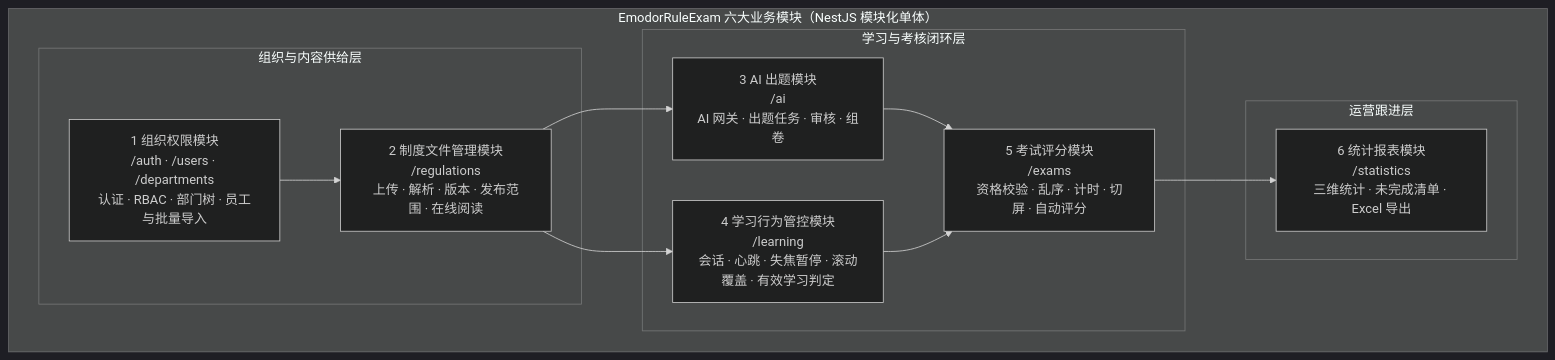
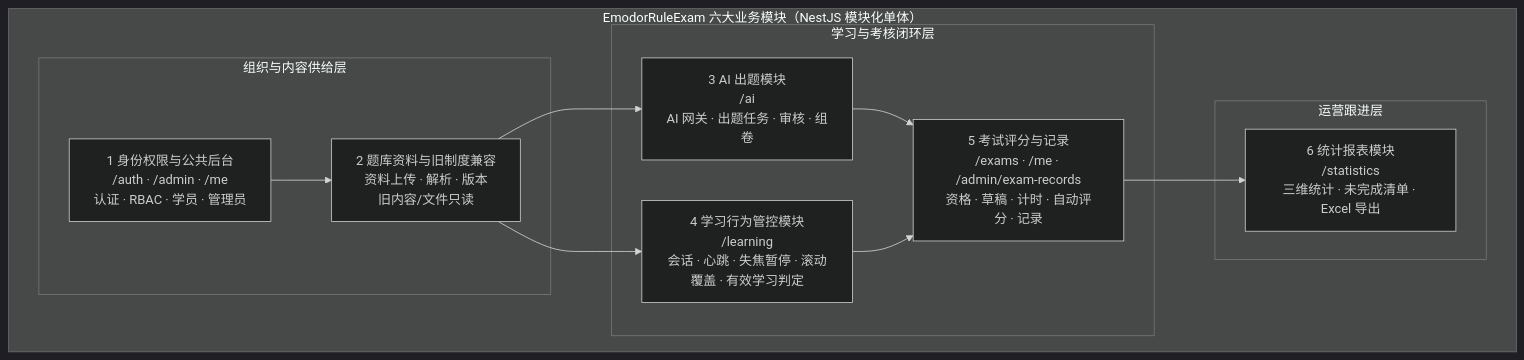
The first of 17 diagrams in docs/design/05-模块设计.md (caoguanjie/emodor-exam), drawn with Mermaid (dark theme) before and after one commit. The commit also changed other lines of this file and 181 other files, not shown here.

````diff
--- a/docs/design/05-模块设计.md
+++ b/docs/design/05-模块设计.md
@@ -26,23 +26,23 @@
 ```mermaid
 graph TB
     subgraph SYS["EmodorRuleExam 六大业务模块（NestJS 模块化单体）"]
         subgraph G1["组织与内容供给层"]
-            M1["1 组织权限模块<br/>/auth · /users · /departments<br/>认证 · RBAC · 部门树 · 员工与批量导入"]
-            M2["2 制度文件管理模块<br/>/regulations<br/>上传 · 解析 · 版本 · 发布范围 · 在线阅读"]
+            M1["1 身份权限与公共后台<br/>/auth · /admin · /me<br/>认证 · RBAC · 学员 · 管理员"]
+            M2["2 题库资料与旧制度兼容<br/>资料上传 · 解析 · 版本<br/>旧内容/文件只读"]
         end
         subgraph G2["学习与考核闭环层"]
             M4["4 学习行为管控模块<br/>/learning<br/>会话 · 心跳 · 失焦暂停 · 滚动覆盖 · 有效学习判定"]
             M3["3 AI 出题模块<br/>/ai<br/>AI 网关 · 出题任务 · 审核 · 组卷"]
-            M5["5 考试评分模块<br/>/exams<br/>资格校验 · 乱序 · 计时 · 切屏 · 自动评分"]
+            M5["5 考试评分与记录<br/>/exams · /me · /admin/exam-records<br/>资格 · 草稿 · 计时 · 自动评分 · 记录"]
         end
         subgraph G3["运营跟进层"]
             M6["6 统计报表模块<br/>/statistics<br/>三维统计 · 未完成清单 · Excel 导出"]
         end
     end
     M1 --> M2
     M2 --> M4
     M2 --> M3
     M3 --> M5
     M4 --> M5
     M5 --> M6
 ```
````
